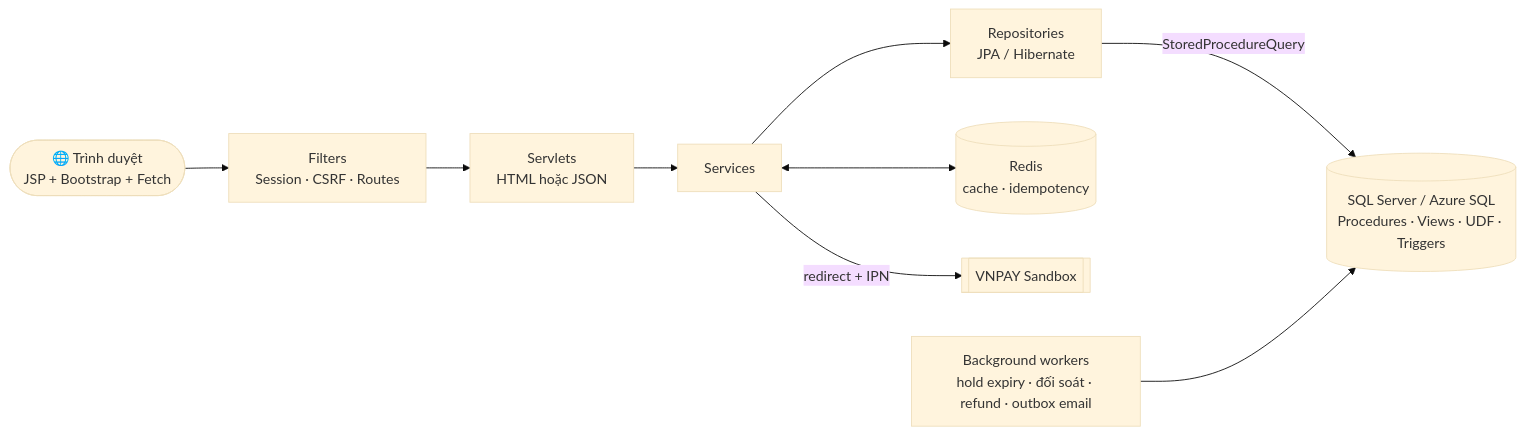
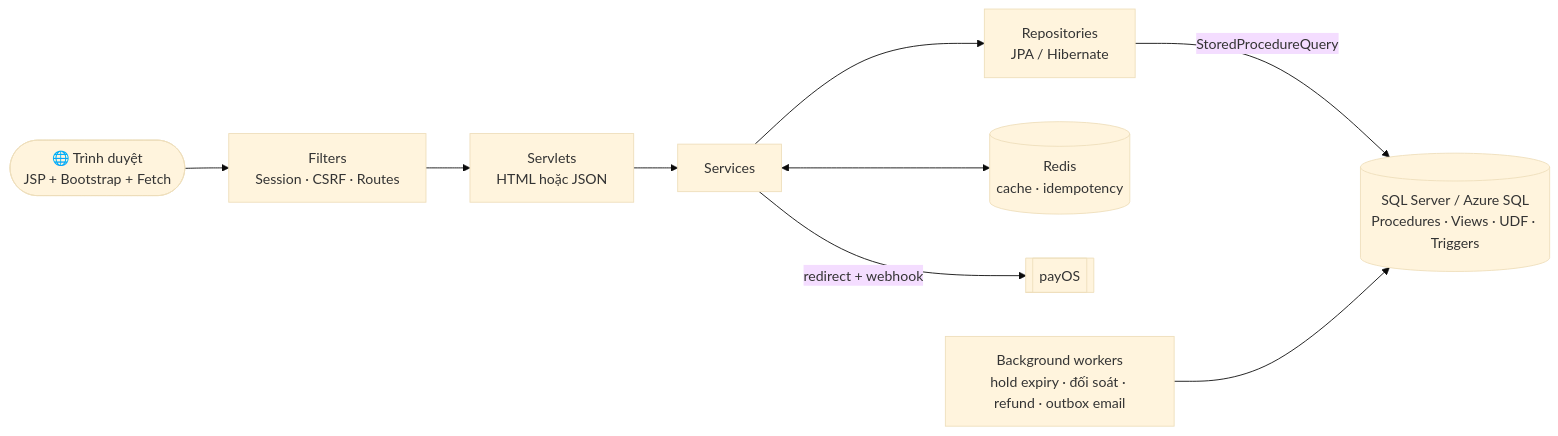
One commit to devonxjz/TicketCenter changed the first of 2 diagrams in README.md. Above: the diagram before and after it, drawn with Mermaid (base theme). The commit also changed other lines of this file and 45 other files, not shown here.

````diff
--- a/README.md
+++ b/README.md
@@ -224,11 +224,11 @@
 ```mermaid
 flowchart LR
     B([🌐 Trình duyệt<br/>JSP + Bootstrap + Fetch]) --> F[Filters<br/>Session · CSRF · Routes]
     F --> S[Servlets<br/>HTML hoặc JSON]
     S --> SV[Services]
     SV --> R[Repositories<br/>JPA / Hibernate]
     R -->|StoredProcedureQuery| SP[(SQL Server / Azure SQL<br/>Procedures · Views · UDF · Triggers)]
     SV <--> RD[(Redis<br/>cache · idempotency)]
-    SV -->|redirect + IPN| VN[[VNPAY Sandbox]]
+    SV -->|redirect + webhook| VN[[payOS]]
     W[Background workers<br/>hold expiry · đối soát · refund · outbox email] --> SP
 ```
````
